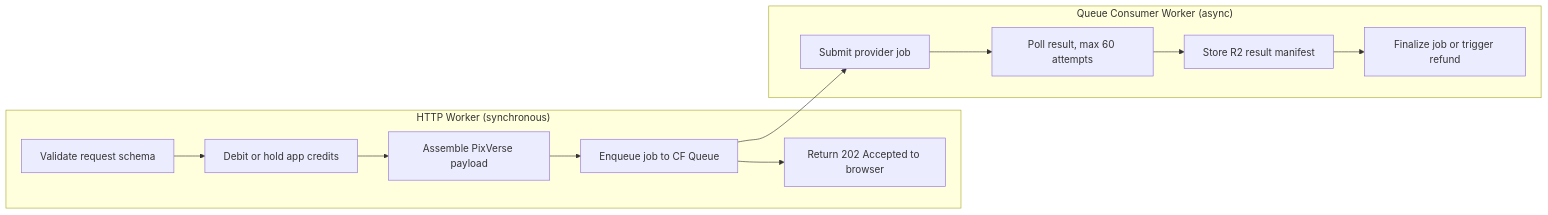
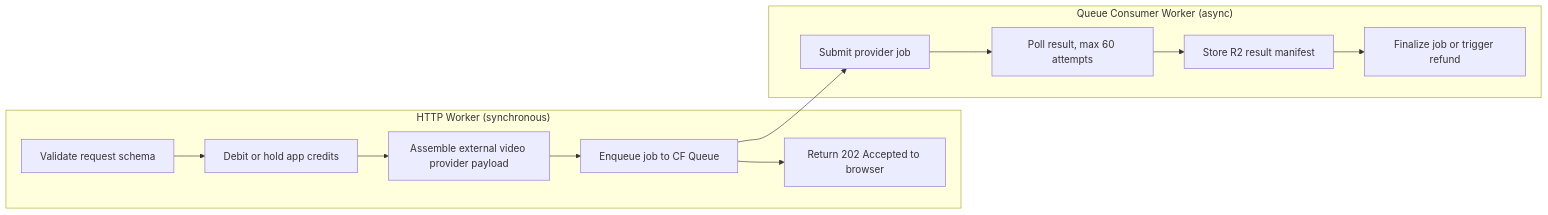
One commit to huijoohwee/knowgrph changed the fifth of 6 diagrams in docs/documents/knowgrph-strytree-prd-tad.md. Above: the diagram before and after it, drawn with Mermaid. The commit also changed other lines of this file and 187 other files, not shown here.

````diff
--- a/docs/documents/knowgrph-strytree-prd-tad.md
+++ b/docs/documents/knowgrph-strytree-prd-tad.md
@@ -1557,22 +1557,22 @@
 ```mermaid
 flowchart LR
   Validate["Validate request schema"]
   Debit["Debit or hold app credits"]
-  Assemble["Assemble PixVerse payload"]
+  Assemble["Assemble external video provider payload"]
   Enqueue["Enqueue job to CF Queue"]
   Return202["Return 202 Accepted to browser"]
 
   subgraph HTTPWorker["HTTP Worker (synchronous)"]
     Validate --> Debit --> Assemble --> Enqueue --> Return202
   end
 
   subgraph ConsumerWorker["Queue Consumer Worker (async)"]
     Submit["Submit provider job"]
   Poll["Poll result, max 60 attempts"]
   Store["Store R2 result manifest"]
     Complete["Finalize job or trigger refund"]
     Submit --> Poll --> Store --> Complete
   end
 
   Enqueue --> Submit
 ```
````
